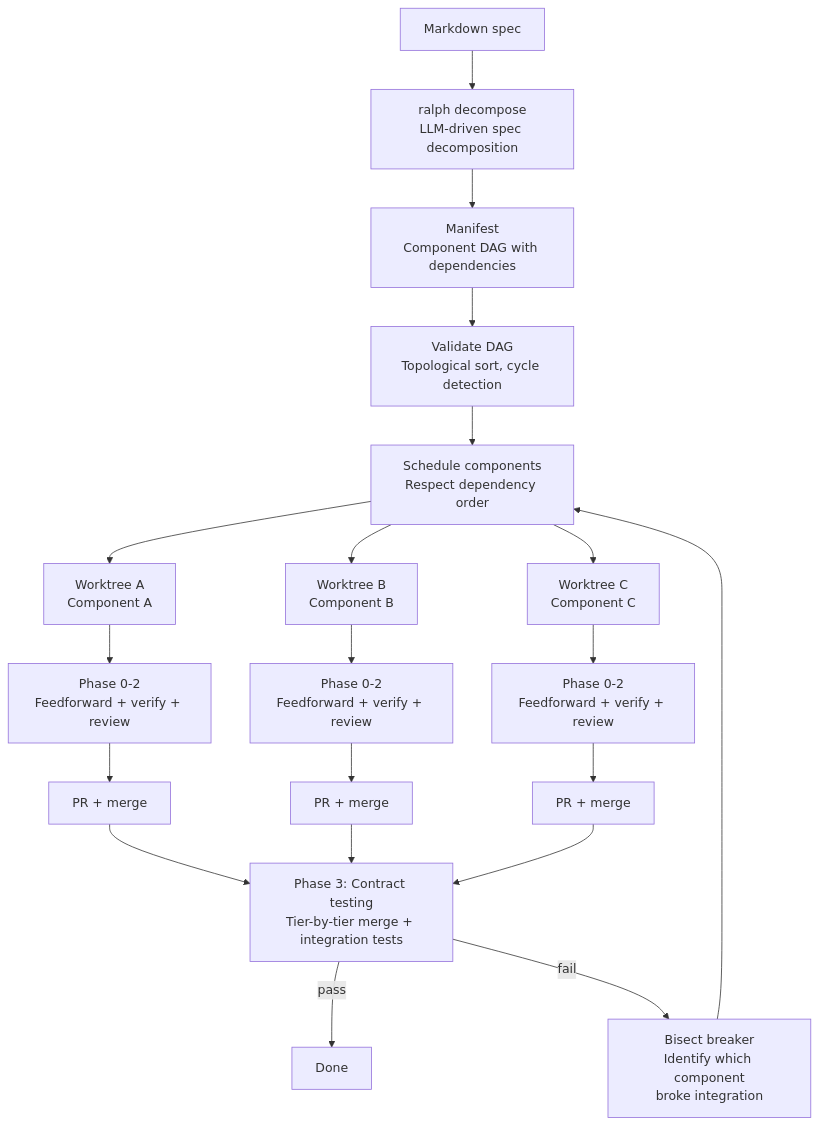
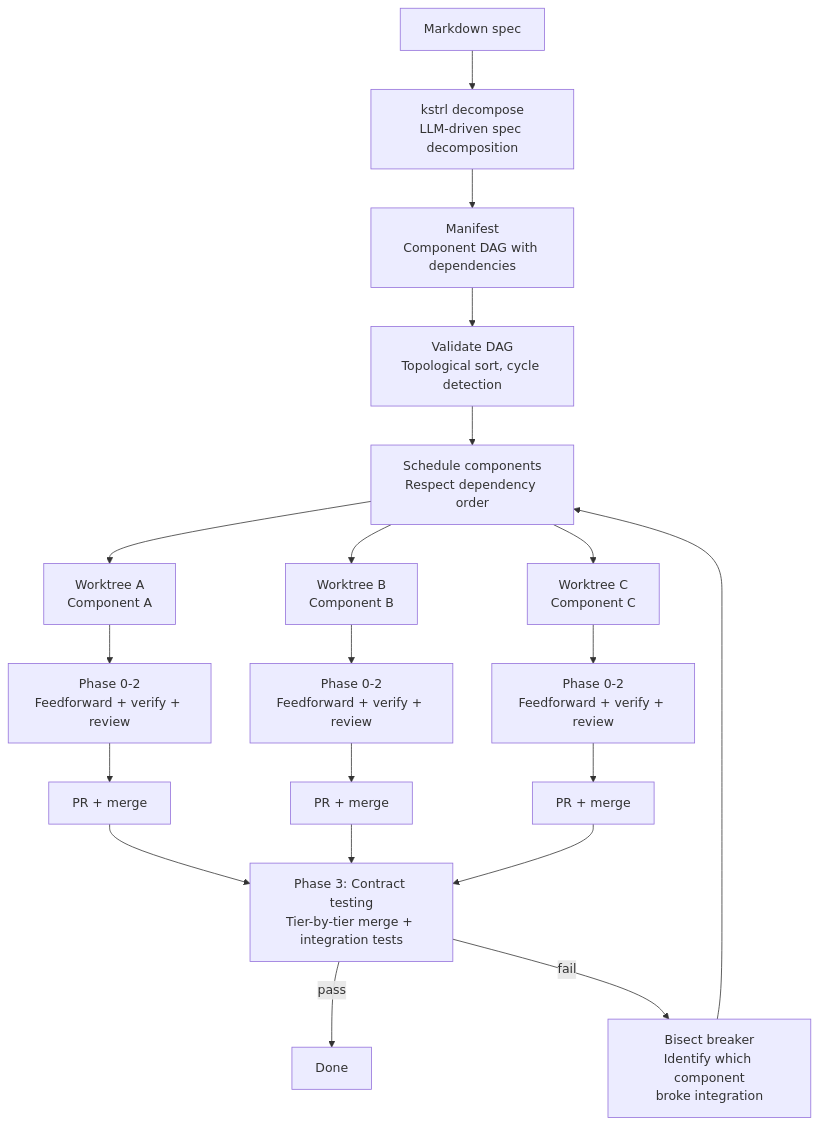
The third of 5 diagrams in README.md (0xfauzi/kstrl), drawn with Mermaid before and after one commit. The commit also changed other lines of this file and 33 other files, not shown here.

````diff
--- a/README.md
+++ b/README.md
@@ -153,27 +152,27 @@
 ```mermaid
 flowchart TD
-    Spec["Markdown spec"] --> Decompose["ralph decompose<br/>LLM-driven spec decomposition"]
+    Spec["Markdown spec"] --> Decompose["kstrl decompose<br/>LLM-driven spec decomposition"]
     Decompose --> Manifest["Manifest<br/>Component DAG with dependencies"]
     Manifest --> Validate["Validate DAG<br/>Topological sort, cycle detection"]
     Validate --> Schedule["Schedule components<br/>Respect dependency order"]
 
     Schedule --> WT1["Worktree A<br/>Component A"]
     Schedule --> WT2["Worktree B<br/>Component B"]
     Schedule --> WT3["Worktree C<br/>Component C"]
 
     WT1 --> V1["Phase 0-2<br/>Feedforward + verify + review"]
     WT2 --> V2["Phase 0-2<br/>Feedforward + verify + review"]
     WT3 --> V3["Phase 0-2<br/>Feedforward + verify + review"]
 
     V1 --> PR1["PR + merge"]
     V2 --> PR2["PR + merge"]
     V3 --> PR3["PR + merge"]
 
     PR1 --> Contract["Phase 3: Contract testing<br/>Tier-by-tier merge + integration tests"]
     PR2 --> Contract
     PR3 --> Contract
 
     Contract -->|pass| Done["Done"]
     Contract -->|fail| Bisect["Bisect breaker<br/>Identify which component<br/>broke integration"]
     Bisect --> Schedule
 ```
````
